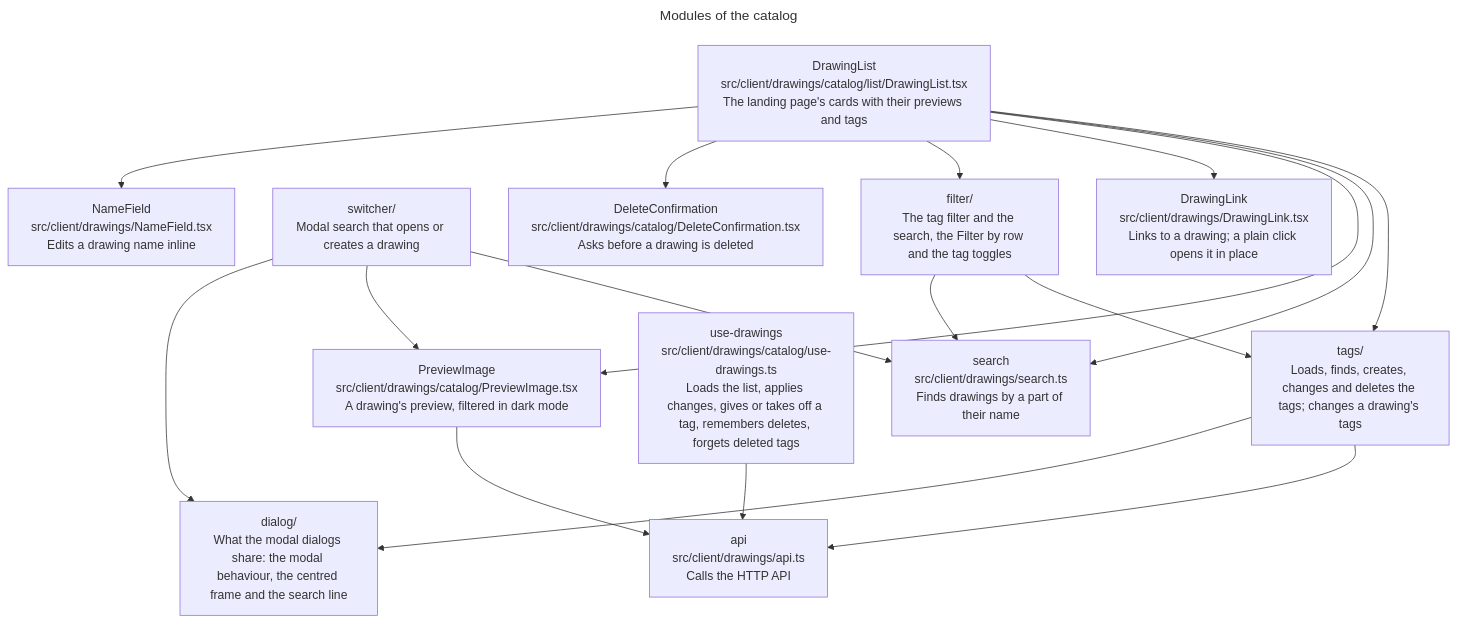
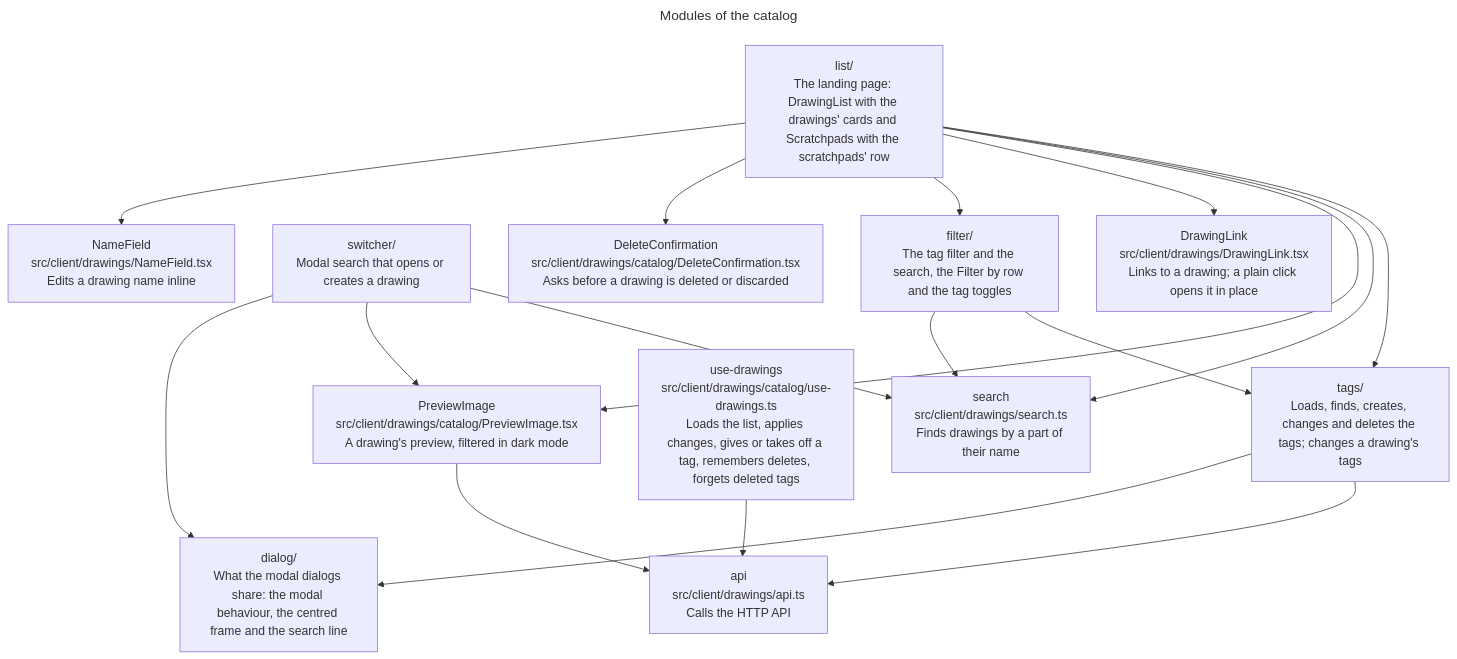
One commit to remshams/excalidraw-dashboard changed the seventh of 11 diagrams in docs/architecture/architecture.md. Above: the diagram before and after it, drawn with Mermaid. The commit also changed other lines of this file and 3 other files, not shown here.

Commit message:
docs(Architecture): describe scratchpads and record ADR 0004

````diff
--- a/docs/architecture/architecture.md
+++ b/docs/architecture/architecture.md
@@ -256,24 +281,24 @@
 ```mermaid
 ---
 title: Modules of the catalog
 ---
 flowchart TD
-    list["DrawingList<br>src/client/drawings/catalog/list/DrawingList.tsx<br>The landing page's cards with their previews and tags"]:::module
+    list["list/<br>The landing page: DrawingList with the drawings' cards and Scratchpads with the scratchpads' row"]:::group
     filter["filter/<br>The tag filter and the search, the Filter by row and the tag toggles"]:::group
     switcher["switcher/<br>Modal search that opens or creates a drawing"]:::group
     tags["tags/<br>Loads, finds, creates, changes and deletes the tags; changes a drawing's tags"]:::group
     previewImage["PreviewImage<br>src/client/drawings/catalog/PreviewImage.tsx<br>A drawing's preview, filtered in dark mode"]:::module
     name["NameField<br>src/client/drawings/NameField.tsx<br>Edits a drawing name inline"]:::module
-    confirm["DeleteConfirmation<br>src/client/drawings/catalog/DeleteConfirmation.tsx<br>Asks before a drawing is deleted"]:::module
+    confirm["DeleteConfirmation<br>src/client/drawings/catalog/DeleteConfirmation.tsx<br>Asks before a drawing is deleted or discarded"]:::module
     drawings["use-drawings<br>src/client/drawings/catalog/use-drawings.ts<br>Loads the list, applies changes, gives or takes off a tag, remembers deletes, forgets deleted tags"]:::module
     dialog["dialog/<br>What the modal dialogs share: the modal behaviour, the centred frame and the search line"]:::group
     link["DrawingLink<br>src/client/drawings/DrawingLink.tsx<br>Links to a drawing; a plain click opens it in place"]:::module
     api["api<br>src/client/drawings/api.ts<br>Calls the HTTP API"]:::module
     search["search<br>src/client/drawings/search.ts<br>Finds drawings by a part of their name"]:::module
     list --> name & confirm & filter & link & previewImage & search & tags
     filter --> search & tags
     switcher --> dialog & previewImage & search
     tags --> dialog & api
     previewImage --> api
     drawings --> api
 ```
````
